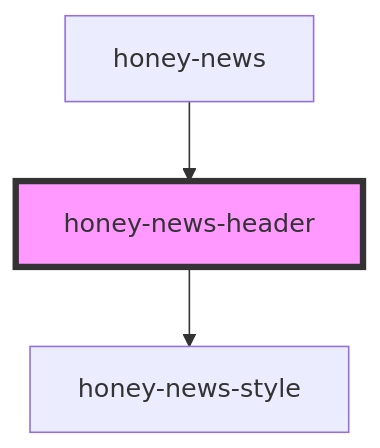
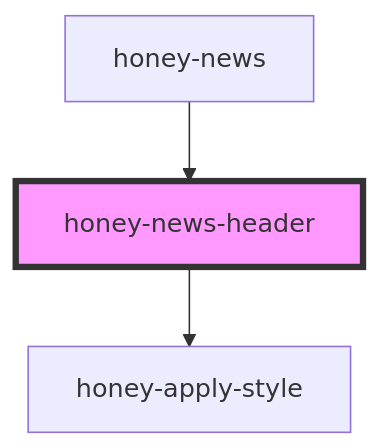
The diagram in src/components/honey-news/header/readme.md (Huluvu424242/honey-news), drawn with Mermaid before and after one commit. The commit also changed other lines of this file and 23 other files, not shown here.

````diff
--- a/src/components/honey-news/header/readme.md
+++ b/src/components/honey-news/header/readme.md
@@ -19,6 +19,6 @@
 ```mermaid
 graph TD;
-  honey-news-header --> honey-news-style
+  honey-news-header --> honey-apply-style
   honey-news --> honey-news-header
   style honey-news-header fill:#f9f,stroke:#333,stroke-width:4px
 ```
````
